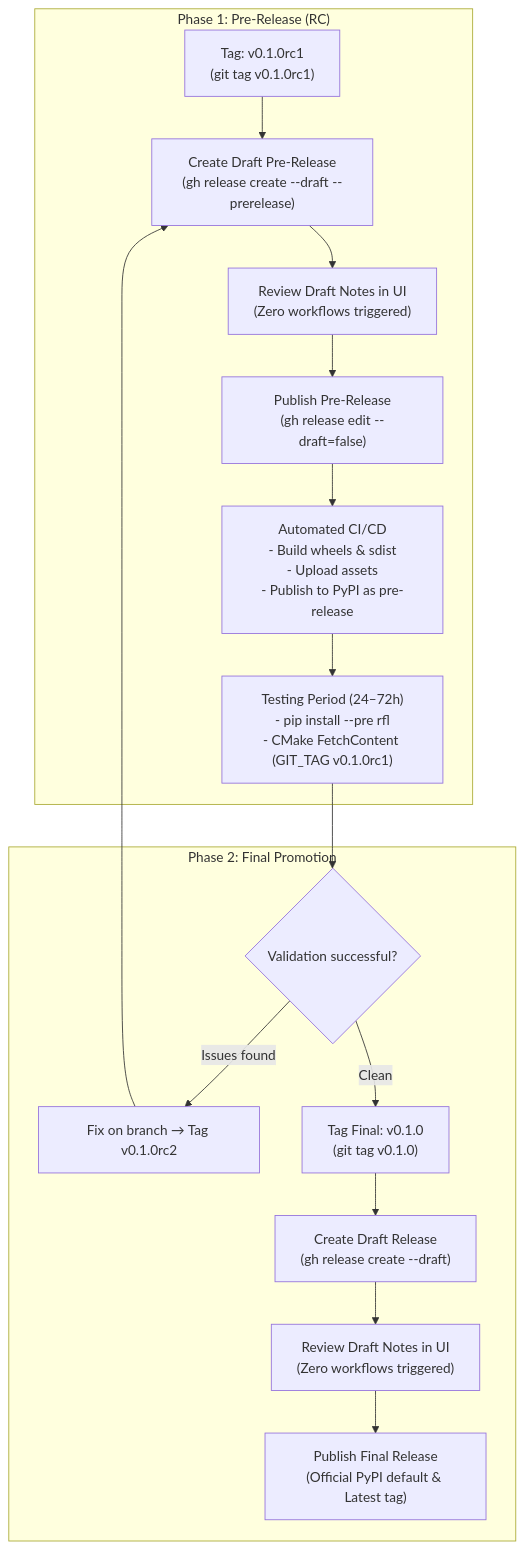
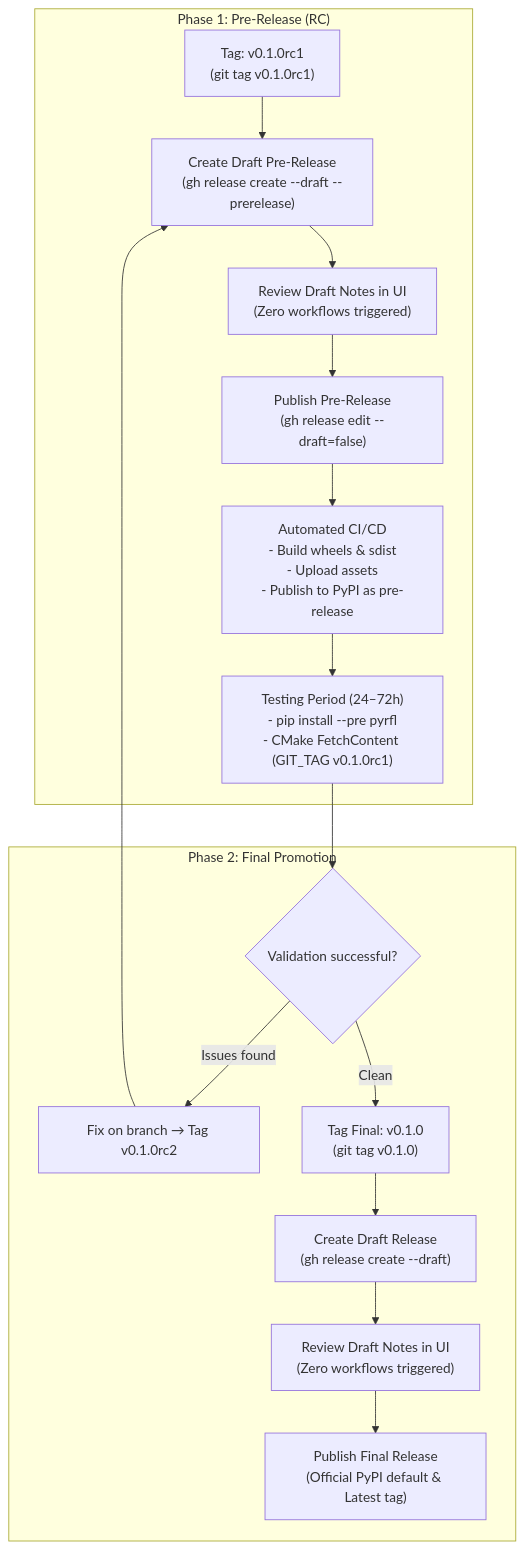
Before and after one commit to pauldruce/RFL: the first of 2 diagrams in docs/Release_Process.md, drawn with Mermaid. The commit also changed other lines of this file and 13 other files, not shown here.

````diff
--- a/docs/Release_Process.md
+++ b/docs/Release_Process.md
@@ -30,20 +30,20 @@
 ```mermaid
 flowchart TD
     subgraph Phase1["Phase 1: Pre-Release (RC)"]
         A["Tag: v0.1.0rc1\n(git tag v0.1.0rc1)"] --> B["Create Draft Pre-Release\n(gh release create --draft --prerelease)"]
         B --> C["Review Draft Notes in UI\n(Zero workflows triggered)"]
         C --> D["Publish Pre-Release\n(gh release edit --draft=false)"]
         D --> E["Automated CI/CD\n- Build wheels & sdist\n- Upload assets\n- Publish to PyPI as pre-release"]
-        E --> F["Testing Period (24–72h)\n- pip install --pre rfl\n- CMake FetchContent (GIT_TAG v0.1.0rc1)"]
+        E --> F["Testing Period (24–72h)\n- pip install --pre pyrfl\n- CMake FetchContent (GIT_TAG v0.1.0rc1)"]
     end
 
     subgraph Phase2["Phase 2: Final Promotion"]
         F --> G{"Validation successful?"}
         G -->|Issues found| H["Fix on branch → Tag v0.1.0rc2"]
         H --> B
         G -->|Clean| I["Tag Final: v0.1.0\n(git tag v0.1.0)"]
         I --> J["Create Draft Release\n(gh release create --draft)"]
         J --> K["Review Draft Notes in UI\n(Zero workflows triggered)"]
         K --> L["Publish Final Release\n(Official PyPI default & Latest tag)"]
     end
 ```
````
